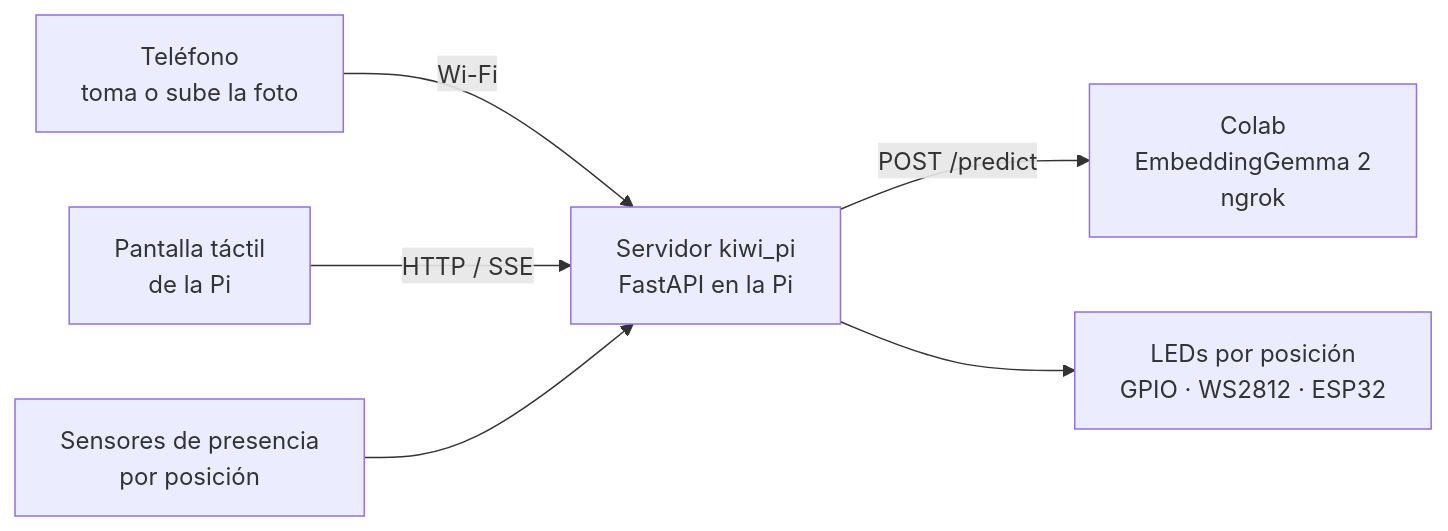
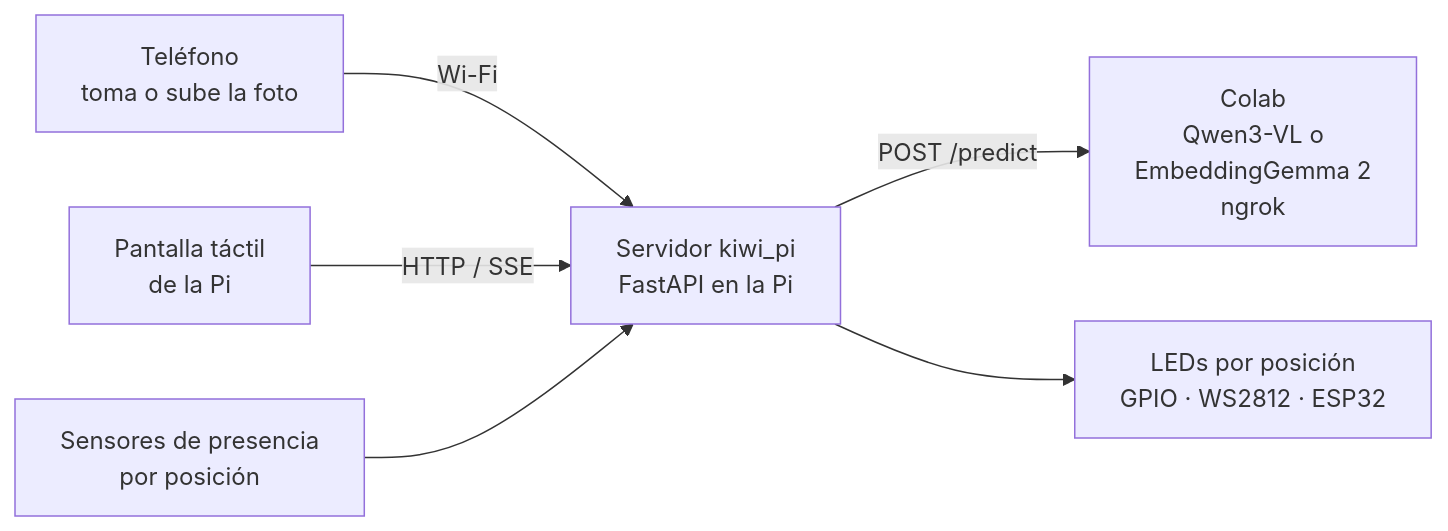
The diagram in pi/README.md (fcanas574/kiwi), drawn with Mermaid before and after one commit. The commit also changed other lines of this file and 9 other files, not shown here.

````diff
--- a/pi/README.md
+++ b/pi/README.md
@@ -5,8 +5,8 @@
 ```mermaid
 flowchart LR
     T[Teléfono<br>toma o sube la foto] -- Wi-Fi --> S[Servidor kiwi_pi<br>FastAPI en la Pi]
     U[Pantalla táctil<br>de la Pi] -- HTTP / SSE --> S
-    S -- POST /predict --> A[Colab<br>EmbeddingGemma 2<br>ngrok]
+    S -- POST /predict --> A[Colab<br>Qwen3-VL o<br>EmbeddingGemma 2<br>ngrok]
     S --> L[LEDs por posición<br>GPIO · WS2812 · ESP32]
     P[Sensores de presencia<br>por posición] --> S
 ```
````
